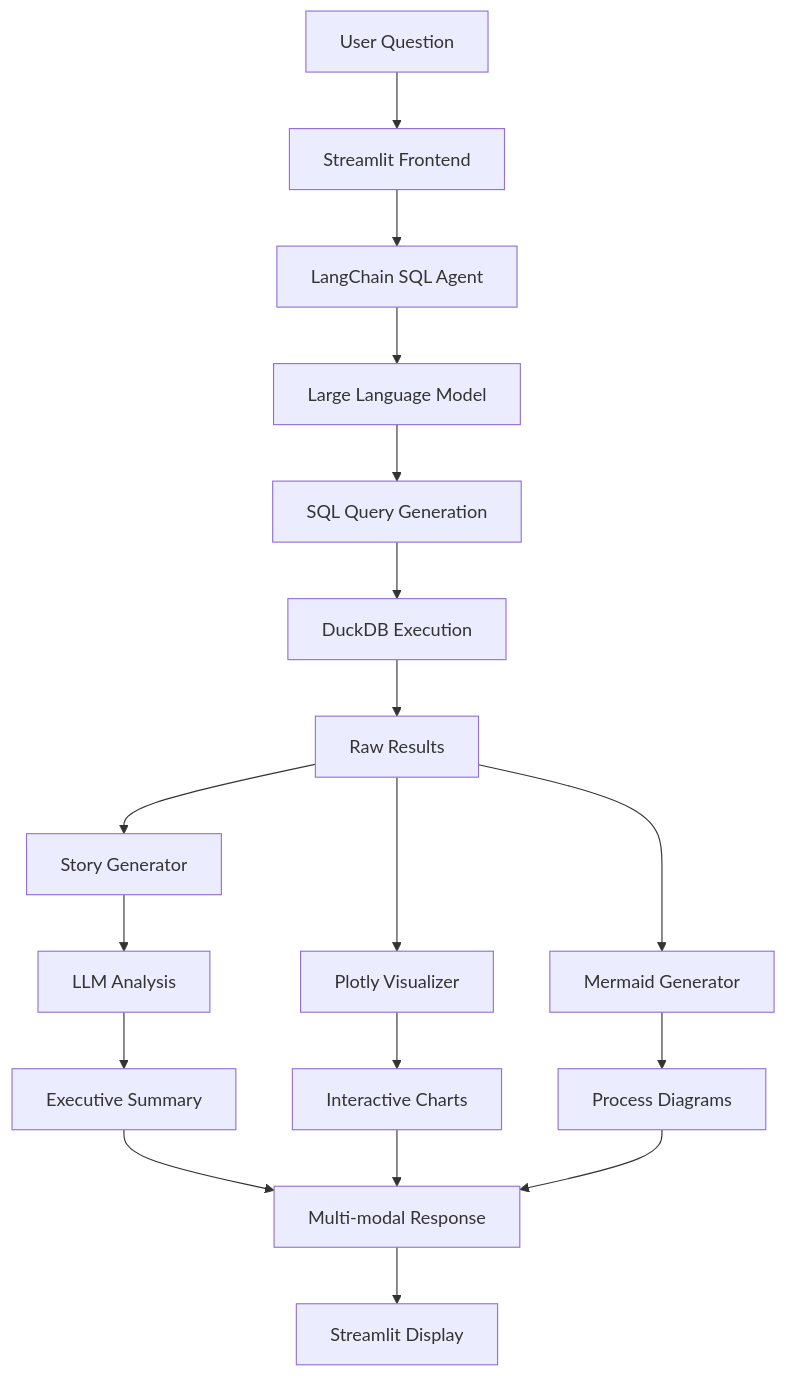
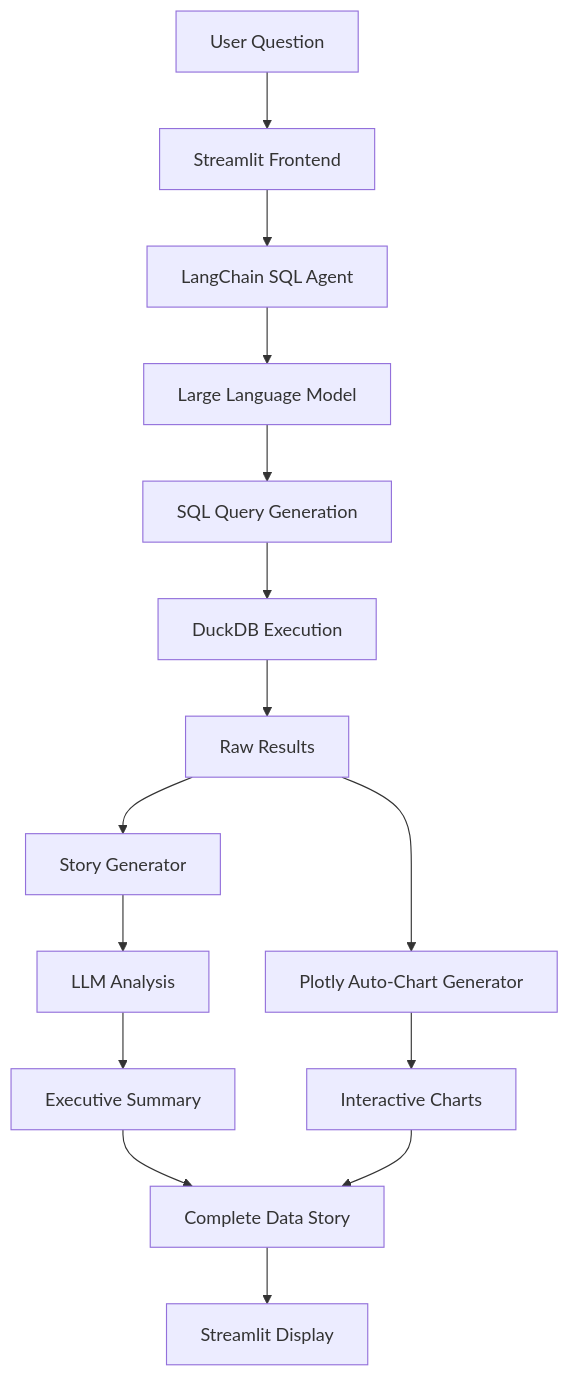
Before and after one commit to kanad13/Data-Story-AI: the fourth of 5 diagrams in README.md, drawn with Mermaid. The commit also changed other lines of this file and 1 other file, not shown here.

````diff
--- a/README.md
+++ b/README.md
@@ -128,20 +128,17 @@
 ```mermaid
 graph TB
     A[User Question] --> B[Streamlit Frontend]
     B --> C[LangChain SQL Agent]
     C --> D[Large Language Model]
     D --> E[SQL Query Generation]
     E --> F[DuckDB Execution]
     F --> G[Raw Results]
     G --> H[Story Generator]
     H --> I[LLM Analysis]
     I --> J[Executive Summary]
-    G --> K[Plotly Visualizer]
+    G --> K[Plotly Auto-Chart Generator]
     K --> L[Interactive Charts]
-    G --> M[Mermaid Generator]
-    M --> N[Process Diagrams]
-    J --> O[Multi-modal Response]
-    L --> O
-    N --> O
-    O --> P[Streamlit Display]
+    J --> M[Complete Data Story]
+    L --> M
+    M --> N[Streamlit Display]
 ```
````
